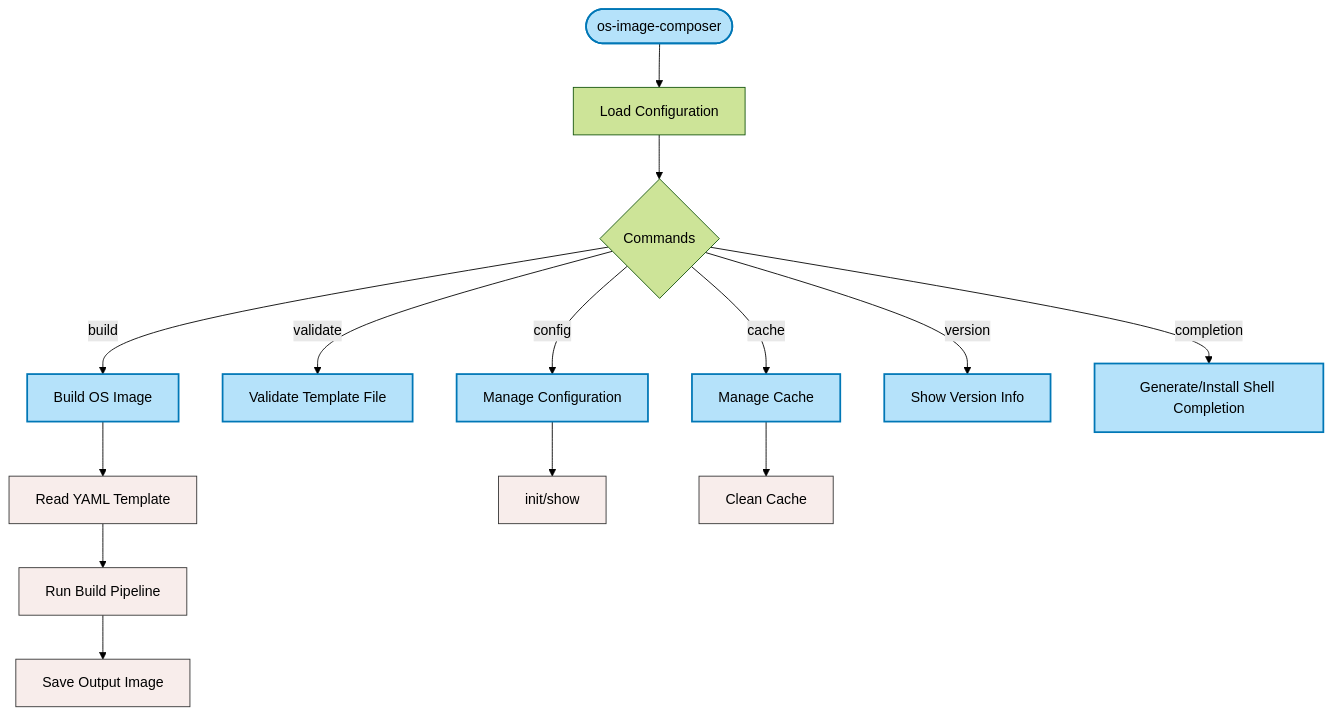
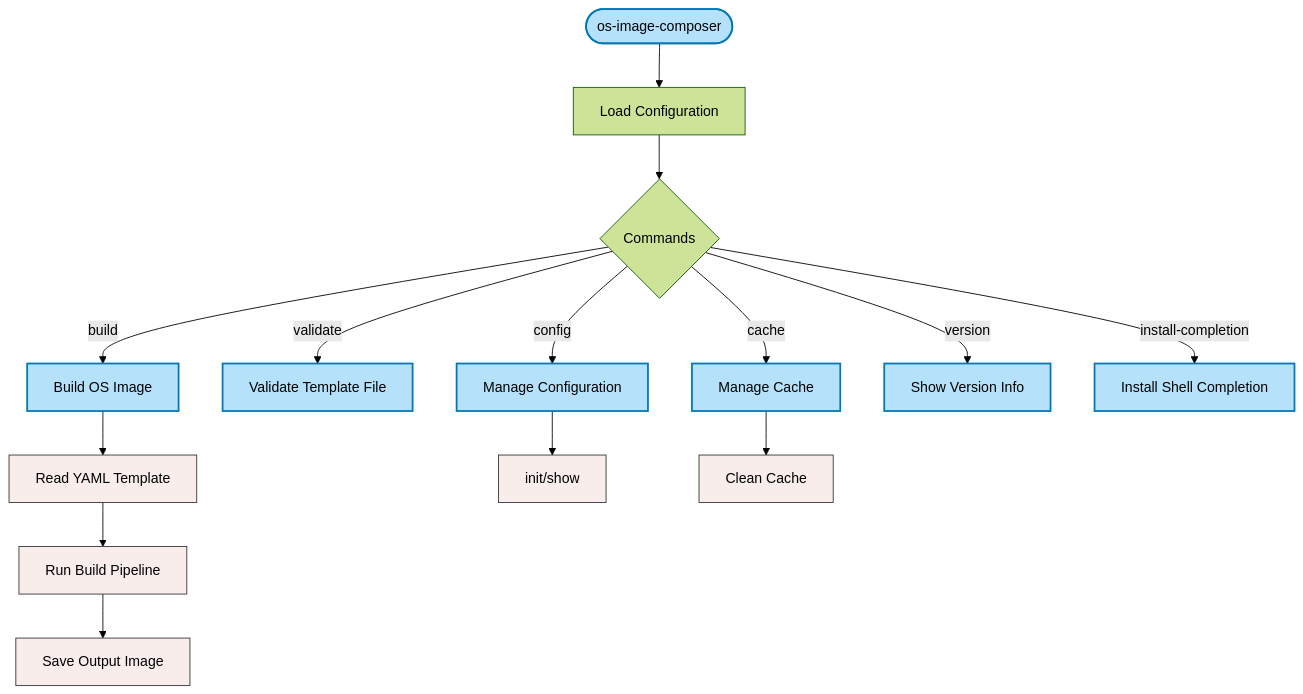
Before and after one commit to open-edge-platform/os-image-composer: the diagram in docs/architecture/os-image-composer-cli-specification.md, drawn with Mermaid (forest theme). The commit also changed other lines of this file and 23 other files, not shown here.

````diff
--- a/docs/architecture/os-image-composer-cli-specification.md
+++ b/docs/architecture/os-image-composer-cli-specification.md
@@ -64,31 +62,31 @@
 ```mermaid
 flowchart TD
 
     Start([os-image-composer]) --> Config[Load Configuration]
     Config --> Commands{Commands}
 
     Commands -->|build| Build[Build OS Image]
     Build --> ReadTemplate[Read YAML Template]
     ReadTemplate --> BuildProcess[Run Build Pipeline]
     BuildProcess --> SaveImage[Save Output Image]
 
     Commands -->|validate| Validate[Validate Template File]
 
     Commands -->|config| ConfigCmd[Manage Configuration]
     ConfigCmd --> ConfigOps[init/show]
 
     Commands -->|cache| Cache[Manage Cache]
     Cache --> CacheOps[Clean Cache]
 
     Commands -->|version| Version[Show Version Info]
     
-    Commands -->|completion| Completion[Generate/Install Shell Completion]
+    Commands -->|install-completion| Completion[Install Shell Completion]
 
     %% Styling
     classDef command fill:#b5e2fa,stroke:#0077b6,stroke-width:2px;
     classDef process fill:#f8edeb,stroke:#333,stroke-width:1px;
 
     class Start command;
     class Build,Validate,ConfigCmd,Cache,Version,Completion command;
     class ReadTemplate,BuildProcess,SaveImage,ConfigOps,CacheOps process;
 ```
````
